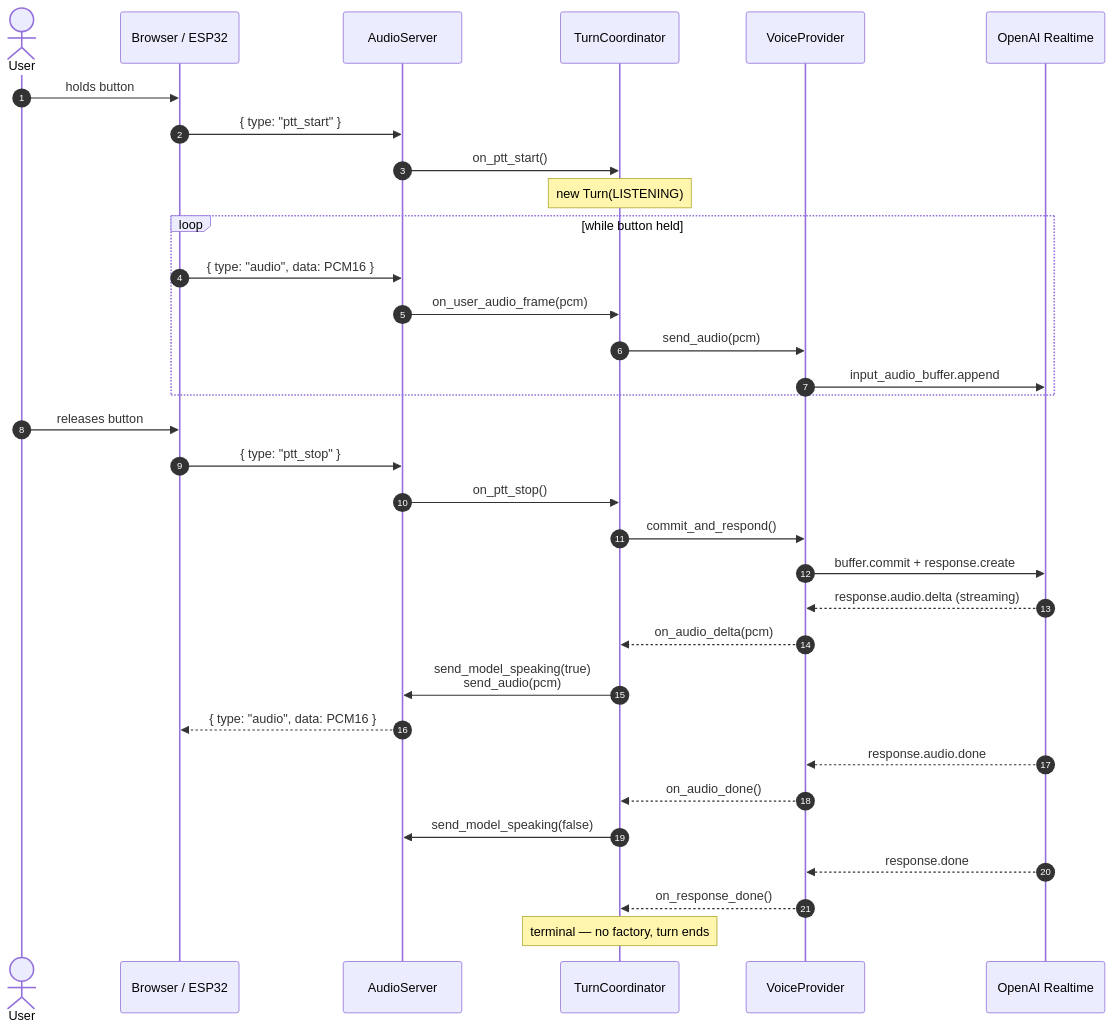
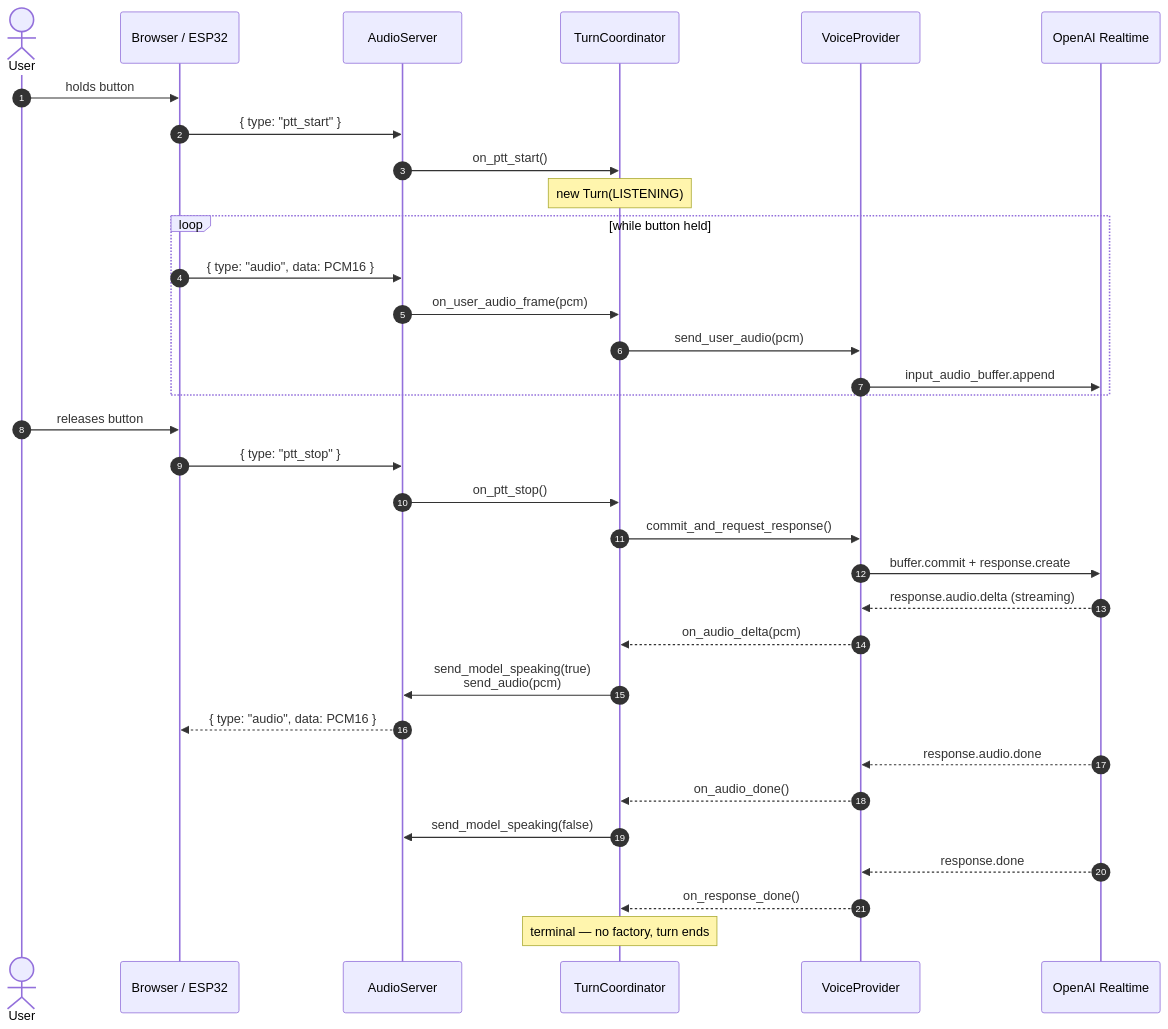
One commit to ma-r-s/Huxley changed the third of 5 diagrams in docs/architecture.md. Above: the diagram before and after it, drawn with Mermaid. The commit also changed other lines of this file and 13 other files, not shown here.

First line of the commit message:
refactor(voice): extract VoiceProvider — milestone A

````diff
--- a/docs/architecture.md
+++ b/docs/architecture.md
@@ -89,36 +89,36 @@
 ```mermaid
 sequenceDiagram
     autonumber
     actor User
     participant Client as Browser / ESP32
     participant Server as AudioServer
     participant Coord as TurnCoordinator
-    participant Sess as VoiceProvider
+    participant Prov as VoiceProvider
     participant LLM as OpenAI Realtime
 
     User->>Client: holds button
     Client->>Server: { type: "ptt_start" }
     Server->>Coord: on_ptt_start()
     Note over Coord: new Turn(LISTENING)
     loop while button held
         Client->>Server: { type: "audio", data: PCM16 }
         Server->>Coord: on_user_audio_frame(pcm)
-        Coord->>Sess: send_audio(pcm)
-        Sess->>LLM: input_audio_buffer.append
+        Coord->>Prov: send_user_audio(pcm)
+        Prov->>LLM: input_audio_buffer.append
     end
     User->>Client: releases button
     Client->>Server: { type: "ptt_stop" }
     Server->>Coord: on_ptt_stop()
-    Coord->>Sess: commit_and_respond()
-    Sess->>LLM: buffer.commit + response.create
-    LLM-->>Sess: response.audio.delta (streaming)
-    Sess-->>Coord: on_audio_delta(pcm)
+    Coord->>Prov: commit_and_request_response()
+    Prov->>LLM: buffer.commit + response.create
+    LLM-->>Prov: response.audio.delta (streaming)
+    Prov-->>Coord: on_audio_delta(pcm)
     Coord->>Server: send_model_speaking(true)<br/>send_audio(pcm)
     Server-->>Client: { type: "audio", data: PCM16 }
-    LLM-->>Sess: response.audio.done
-    Sess-->>Coord: on_audio_done()
+    LLM-->>Prov: response.audio.done
+    Prov-->>Coord: on_audio_done()
     Coord->>Server: send_model_speaking(false)
-    LLM-->>Sess: response.done
-    Sess-->>Coord: on_response_done()
+    LLM-->>Prov: response.done
+    Prov-->>Coord: on_response_done()
     Note over Coord: terminal — no factory, turn ends
 ```
````
